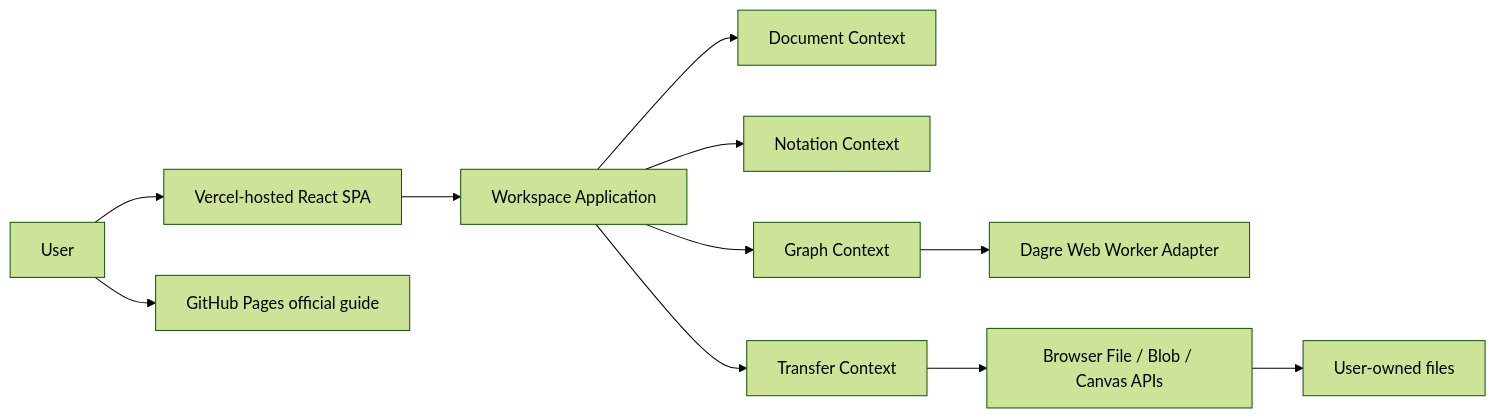
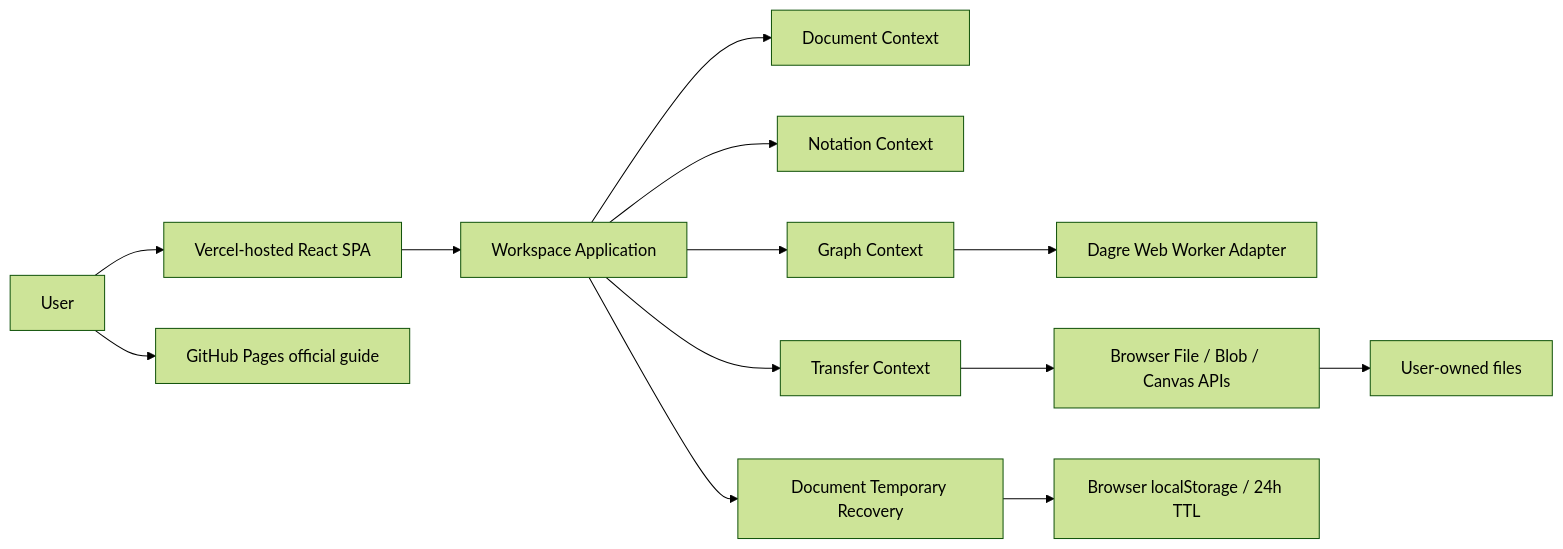
Before and after one commit to dayaa-arch/granvas: the first of 6 diagrams in docs/functional-design.md, drawn with Mermaid (forest theme). The commit also changed other lines of this file and 31 other files, not shown here.

First line of the commit message:
feat: add temporary browser project recovery

````diff
--- a/docs/functional-design.md
+++ b/docs/functional-design.md
@@ -16,13 +16,15 @@
 ```mermaid
 flowchart LR
     User["User"] --> App["Vercel-hosted React SPA"]
     User --> Docs["GitHub Pages official guide"]
     App --> Workspace["Workspace Application"]
     Workspace --> Document["Document Context"]
     Workspace --> Notation["Notation Context"]
     Workspace --> Graph["Graph Context"]
     Workspace --> Transfer["Transfer Context"]
+    Workspace --> Recovery["Document Temporary Recovery"]
     Graph --> Worker["Dagre Web Worker Adapter"]
     Transfer --> FileAPI["Browser File / Blob / Canvas APIs"]
+    Recovery --> LocalStorage["Browser localStorage / 24h TTL"]
     FileAPI --> UserFile["User-owned files"]
 ```
````
